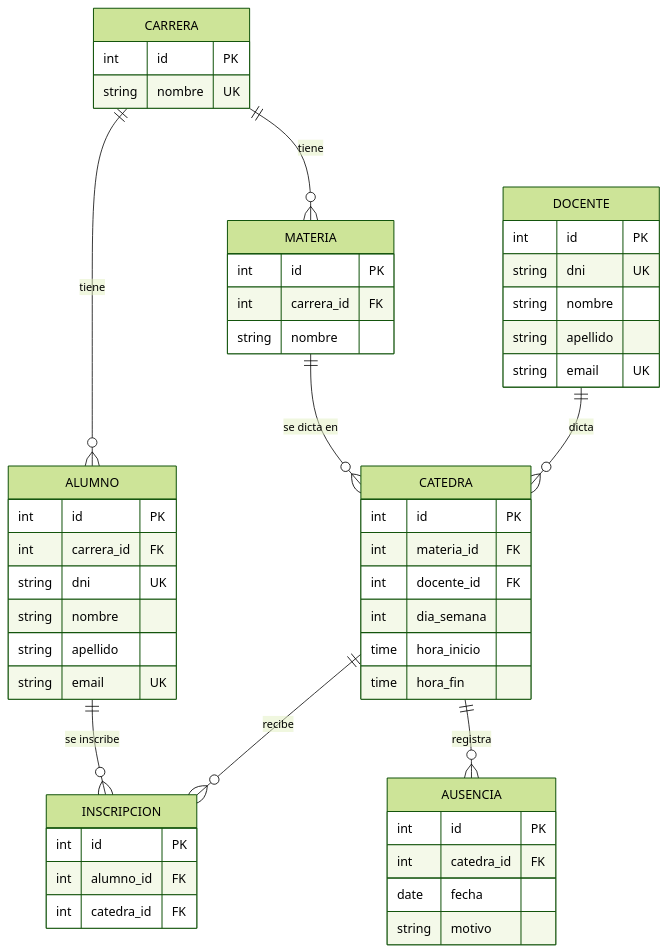
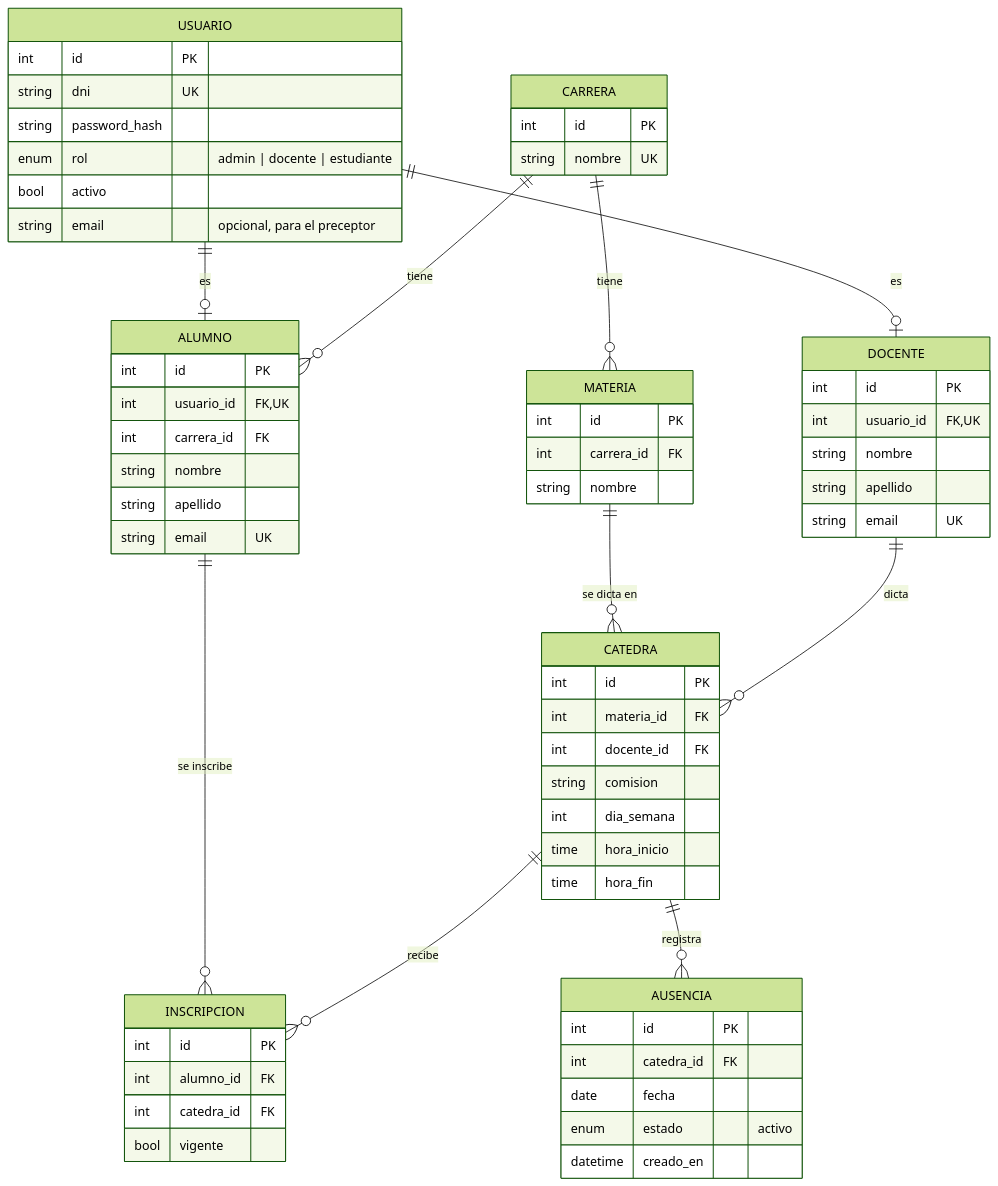
Before and after one commit to Andres-M1/Gestion-asistencia: the diagram in README.md, drawn with Mermaid (forest theme). The commit also changed other lines of this file and 10 other files, not shown here.

````diff
--- a/README.md
+++ b/README.md
@@ -262,54 +279,67 @@
 ```mermaid
 erDiagram
+    USUARIO ||--o| DOCENTE : "es"
+    USUARIO ||--o| ALUMNO : "es"
     CARRERA ||--o{ MATERIA : "tiene"
     CARRERA ||--o{ ALUMNO : "tiene"
     MATERIA ||--o{ CATEDRA : "se dicta en"
     DOCENTE ||--o{ CATEDRA : "dicta"
     ALUMNO ||--o{ INSCRIPCION : "se inscribe"
     CATEDRA ||--o{ INSCRIPCION : "recibe"
     CATEDRA ||--o{ AUSENCIA : "registra"
 
+    USUARIO {
+        int id PK
+        string dni UK
+        string password_hash
+        enum rol "admin | docente | estudiante"
+        bool activo
+        string email "opcional, para el preceptor"
+    }
     CARRERA {
         int id PK
         string nombre UK
     }
     MATERIA {
         int id PK
         int carrera_id FK
         string nombre
     }
     ALUMNO {
         int id PK
+        int usuario_id FK,UK
         int carrera_id FK
-        string dni UK
         string nombre
         string apellido
         string email UK
     }
     DOCENTE {
         int id PK
-        string dni UK
+        int usuario_id FK,UK
         string nombre
         string apellido
         string email UK
     }
     CATEDRA {
         int id PK
         int materia_id FK
         int docente_id FK
+        string comision
         int dia_semana
         time hora_inicio
         time hora_fin
     }
     INSCRIPCION {
         int id PK
         int alumno_id FK
         int catedra_id FK
+        bool vigente
     }
     AUSENCIA {
         int id PK
         int catedra_id FK
         date fecha
-        string motivo
+        enum estado "activo"
+        datetime creado_en
     }
 ```
````
